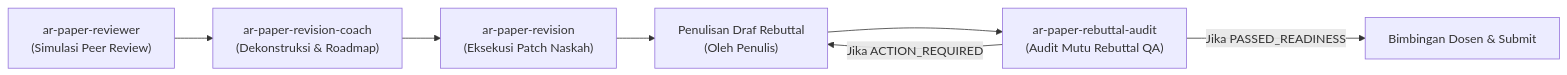
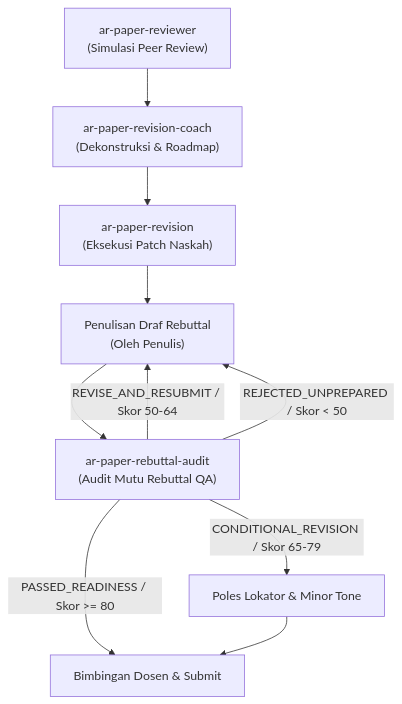
Before and after one commit to rafyakbar/docs-and-skills: the diagram in .agents/skills/ar-paper-rebuttal-audit/SKILL.md, drawn with Mermaid. The commit also changed other lines of this file and 23 other files, not shown here.

````diff
--- a/.agents/skills/ar-paper-rebuttal-audit/SKILL.md
+++ b/.agents/skills/ar-paper-rebuttal-audit/SKILL.md
@@ -91,9 +104,12 @@
 ```mermaid
-flowchart LR
+flowchart TD
     A["ar-paper-reviewer<br/>(Simulasi Peer Review)"] --> B["ar-paper-revision-coach<br/>(Dekonstruksi & Roadmap)"]
     B --> C["ar-paper-revision<br/>(Eksekusi Patch Naskah)"]
     C --> D["Penulisan Draf Rebuttal<br/>(Oleh Penulis)"]
     D --> E["ar-paper-rebuttal-audit<br/>(Audit Mutu Rebuttal QA)"]
-    E -->|Jika ACTION_REQUIRED| D
-    E -->|Jika PASSED_READINESS| F["Bimbingan Dosen & Submit"]
+    E -->|PASSED_READINESS / Skor >= 80| F["Bimbingan Dosen & Submit"]
+    E -->|CONDITIONAL_REVISION / Skor 65-79| G["Poles Lokator & Minor Tone"]
+    G --> F
+    E -->|REVISE_AND_RESUBMIT / Skor 50-64| D
+    E -->|REJECTED_UNPREPARED / Skor < 50| D
 ```
````
